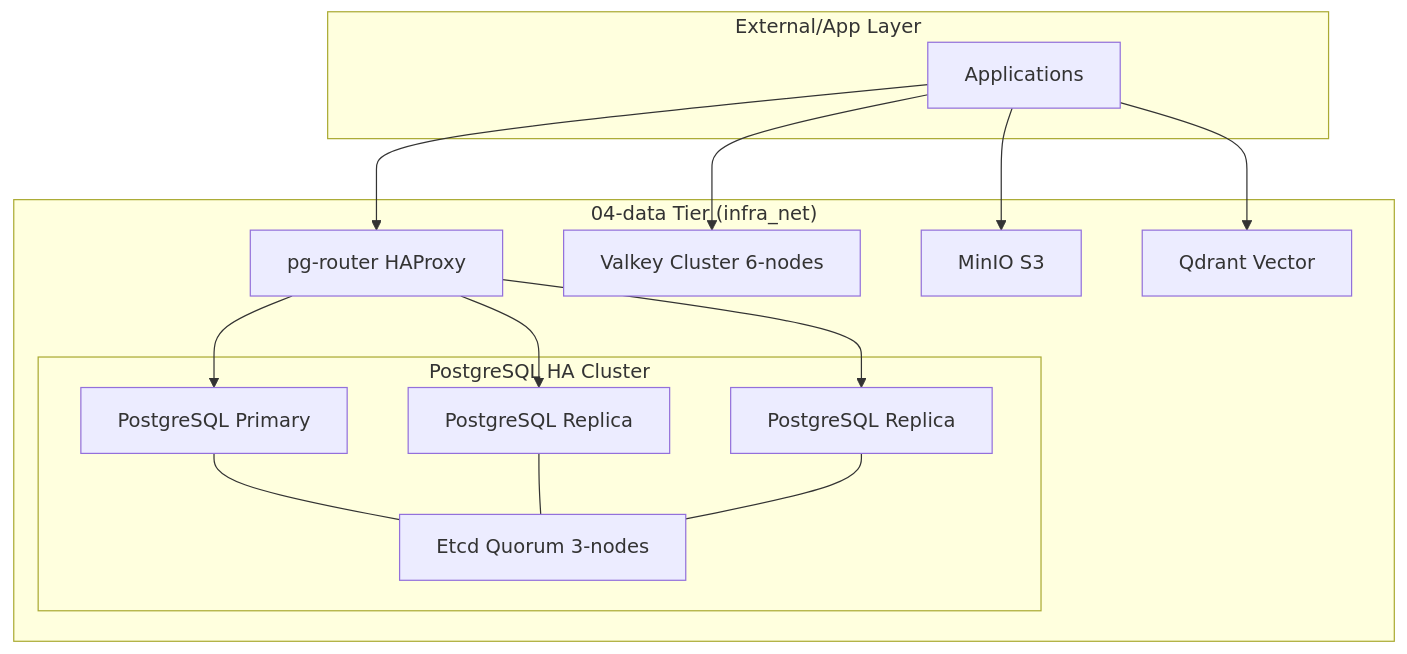
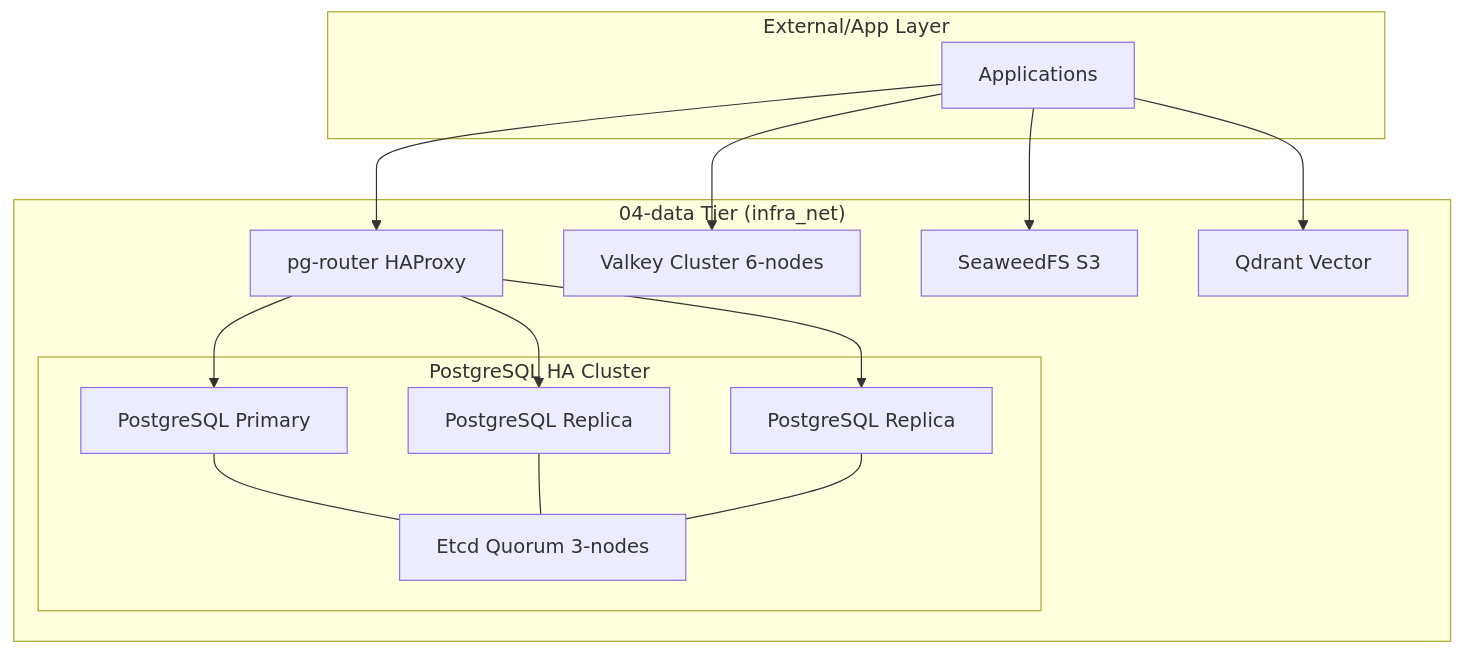
One commit to buenhyden/hy-home.docker changed the diagram in docs/02.architecture/descriptions/0004-data-architecture.md. Above: the diagram before and after it, drawn with Mermaid. The commit also changed other lines of this file and 59 other files, not shown here.

First line of the commit message:
refactor(storage): Remove MinIO after the SeaweedFS cutover

````diff
--- a/docs/02.architecture/descriptions/0004-data-architecture.md
+++ b/docs/02.architecture/descriptions/0004-data-architecture.md
@@ -56,33 +56,33 @@
 ```mermaid
 graph TD
     subgraph "External/App Layer"
         APP[Applications]
     end
 
     subgraph "04-data Tier (infra_net)"
         ROUTER[pg-router HAProxy]
         V_CLSTR[Valkey Cluster 6-nodes]
-        MINIO[MinIO S3]
+        OBJ[SeaweedFS S3]
         QDRANT[Qdrant Vector]
 
         subgraph "PostgreSQL HA Cluster"
             PG0[PostgreSQL Primary]
             PG1[PostgreSQL Replica]
             PG2[PostgreSQL Replica]
             ETCD[Etcd Quorum 3-nodes]
         end
     end
 
     APP --> ROUTER
     APP --> V_CLSTR
-    APP --> MINIO
+    APP --> OBJ
     APP --> QDRANT
 
     ROUTER --> PG0
     ROUTER --> PG1
     ROUTER --> PG2
 
     PG0 --- ETCD
     PG1 --- ETCD
     PG2 --- ETCD
 ```
````
